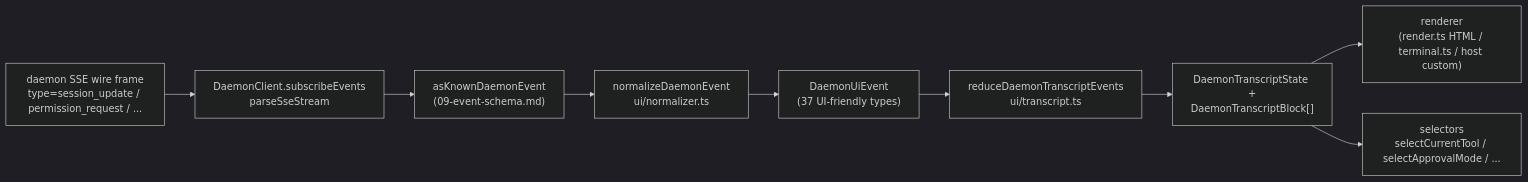
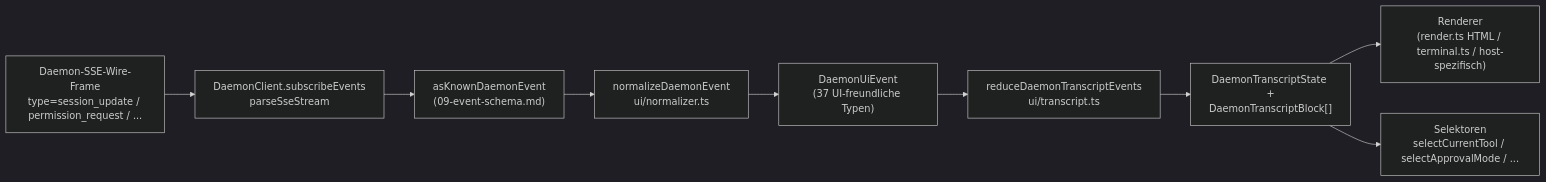
Before and after one commit to QwenLM/qwen-code-docs: the diagram in website/content/de/developers/daemon/14-cli-tui-adapter.md, drawn with Mermaid (dark theme). The commit also changed other lines of this file and 162 other files, not shown here.

````diff
--- a/website/content/de/developers/daemon/14-cli-tui-adapter.md
+++ b/website/content/de/developers/daemon/14-cli-tui-adapter.md
@@ -114,12 +114,12 @@
 ```mermaid
 flowchart LR
-    A["daemon SSE wire frame<br/>type=session_update / permission_request / ..."]
+    A["Daemon-SSE-Wire-Frame<br/>type=session_update / permission_request / ..."]
     A --> B["DaemonClient.subscribeEvents<br/>parseSseStream"]
     B --> C["asKnownDaemonEvent<br/>(09-event-schema.md)"]
     C --> D["normalizeDaemonEvent<br/>ui/normalizer.ts"]
-    D --> E["DaemonUiEvent<br/>(37 UI-friendly types)"]
+    D --> E["DaemonUiEvent<br/>(37 UI-freundliche Typen)"]
     E --> F["reduceDaemonTranscriptEvents<br/>ui/transcript.ts"]
     F --> G["DaemonTranscriptState +<br/>DaemonTranscriptBlock[]"]
-    G --> H["renderer<br/>(render.ts HTML / terminal.ts / host custom)"]
-    G --> I["selectors<br/>selectCurrentTool / selectApprovalMode / ..."]
+    G --> H["Renderer<br/>(render.ts HTML / terminal.ts / host-spezifisch)"]
+    G --> I["Selektoren<br/>selectCurrentTool / selectApprovalMode / ..."]
 ```
````
